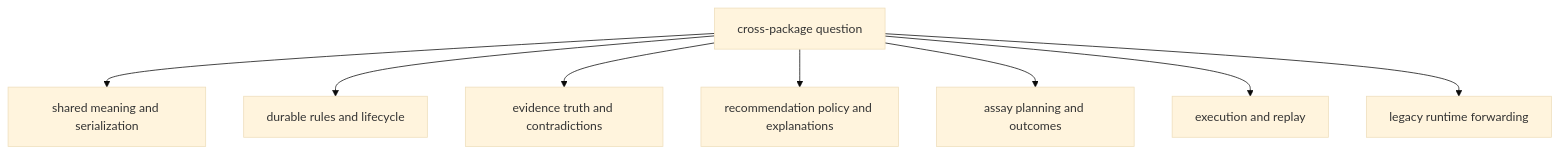
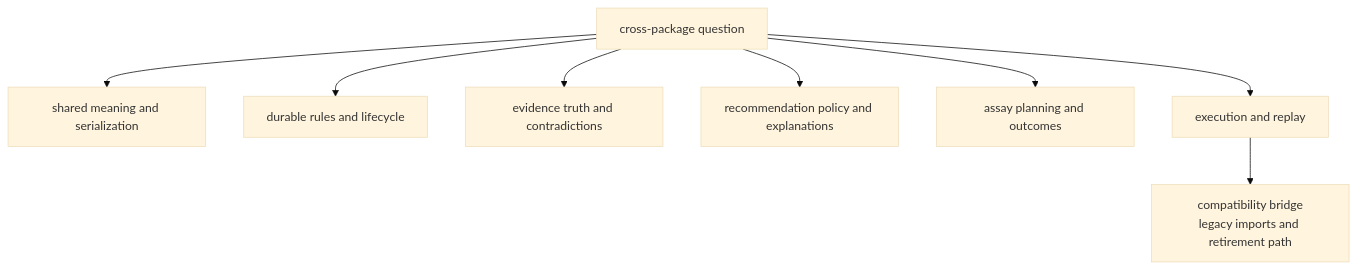
Before and after one commit to bijux/bijux-proteomics: the diagram in docs/01-bijux-proteomics/foundation/package-map.md, drawn with Mermaid (base theme). The commit also changed other lines of this file and 3 other files, not shown here.

Commit message:
docs(repo): show product roots and the compatibility bridge

````diff
--- a/docs/01-bijux-proteomics/foundation/package-map.md
+++ b/docs/01-bijux-proteomics/foundation/package-map.md
@@ -18,19 +18,19 @@
 ```mermaid
 flowchart TB
     question["cross-package question"]
     foundation["shared meaning and serialization"]
     core["durable rules and lifecycle"]
     knowledge["evidence truth and contradictions"]
     intelligence["recommendation policy and explanations"]
     lab["assay planning and outcomes"]
     runtime["execution and replay"]
-    bridge["legacy runtime forwarding"]
+    bridge["compatibility bridge<br/>legacy imports and retirement path"]
 
     question --> foundation
     question --> core
     question --> knowledge
     question --> intelligence
     question --> lab
     question --> runtime
-    question --> bridge
+    runtime --> bridge
 ```
````
